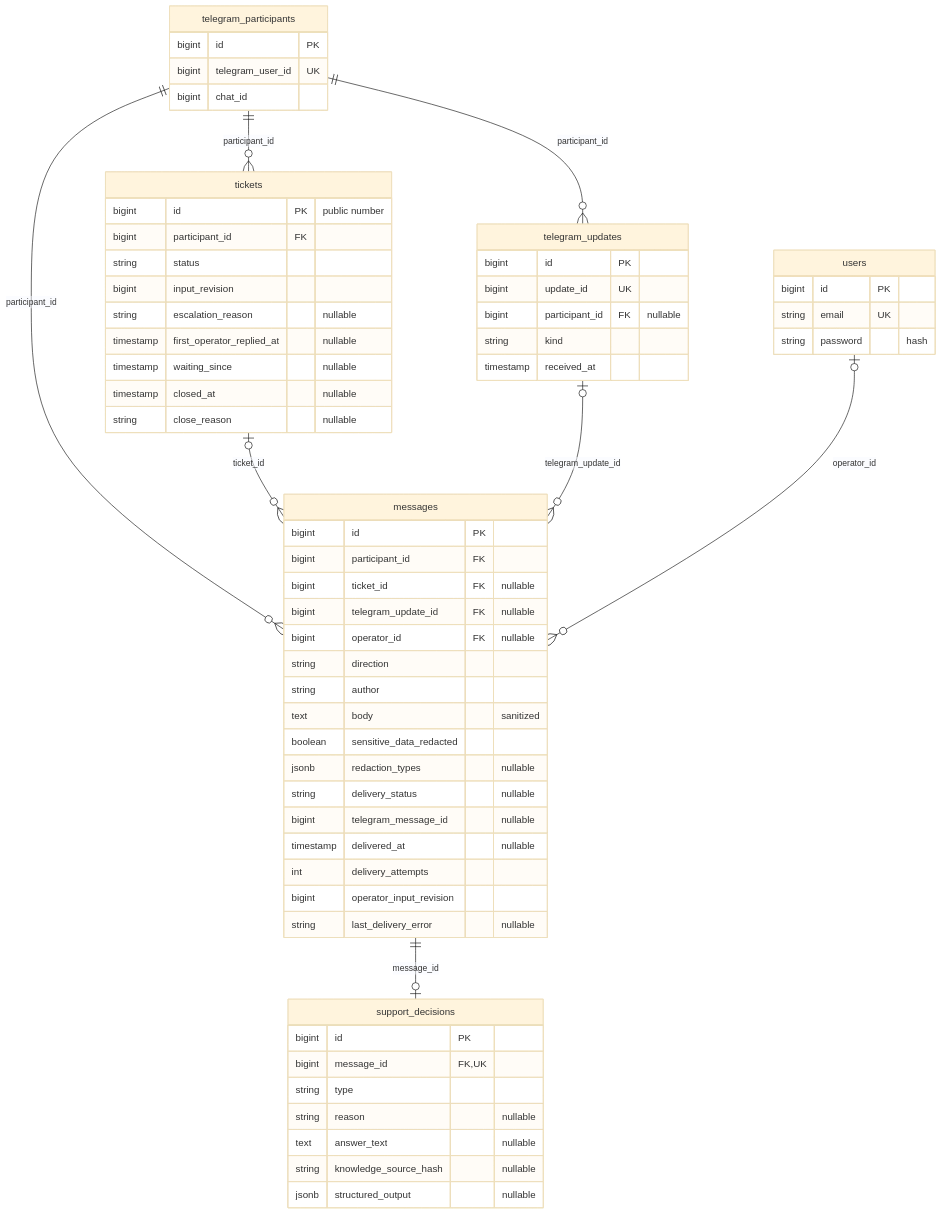
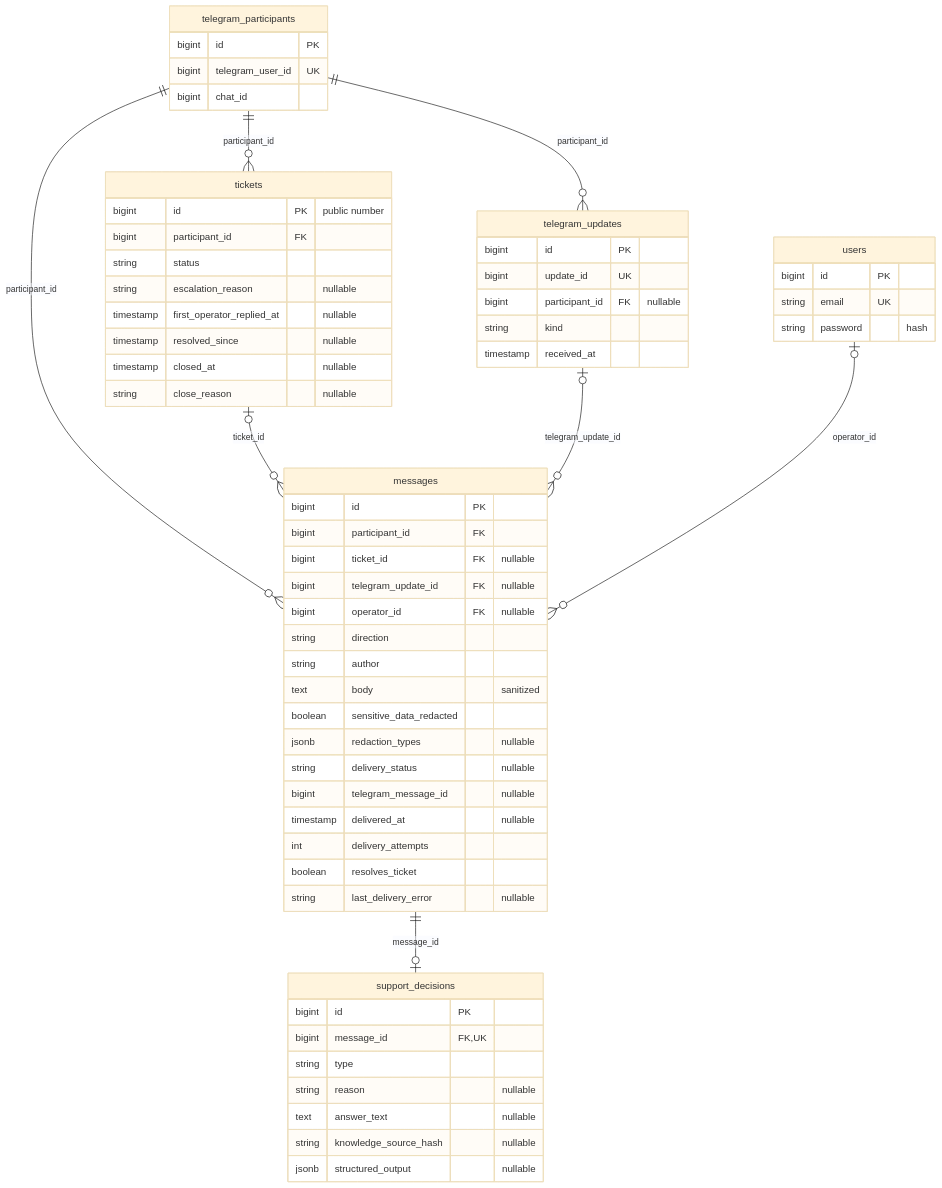
Before and after one commit to eternal-slumber/tg-promo-support-bot: the diagram in README.md, drawn with Mermaid (base theme). The commit also changed other lines of this file and 35 other files, not shown here.

First line of the commit message:
replace waiting lifecycle with explicit ticket resolution

````diff
--- a/README.md
+++ b/README.md
@@ -141,65 +145,64 @@
 ```mermaid
 erDiagram
     telegram_participants ||--o{ telegram_updates : participant_id
     telegram_participants ||--o{ tickets : participant_id
     telegram_participants ||--o{ messages : participant_id
     tickets o|--o{ messages : ticket_id
     telegram_updates o|--o{ messages : telegram_update_id
     users o|--o{ messages : operator_id
     messages ||--o| support_decisions : message_id
     telegram_participants {
         bigint id PK
         bigint telegram_user_id UK
         bigint chat_id
     }
     telegram_updates {
         bigint id PK
         bigint update_id UK
         bigint participant_id FK "nullable"
         string kind
         timestamp received_at
     }
     tickets {
         bigint id PK "public number"
         bigint participant_id FK
         string status
-        bigint input_revision
         string escalation_reason "nullable"
         timestamp first_operator_replied_at "nullable"
-        timestamp waiting_since "nullable"
+        timestamp resolved_since "nullable"
         timestamp closed_at "nullable"
         string close_reason "nullable"
     }
     messages {
         bigint id PK
         bigint participant_id FK
         bigint ticket_id FK "nullable"
         bigint telegram_update_id FK "nullable"
         bigint operator_id FK "nullable"
         string direction
         string author
         text body "sanitized"
         boolean sensitive_data_redacted
         jsonb redaction_types "nullable"
         string delivery_status "nullable"
         bigint telegram_message_id "nullable"
         timestamp delivered_at "nullable"
         int delivery_attempts
-        bigint operator_input_revision
+        boolean resolves_ticket
         string last_delivery_error "nullable"
     }
     support_decisions {
         bigint id PK
         bigint message_id FK,UK
         string type
         string reason "nullable"
         text answer_text "nullable"
         string knowledge_source_hash "nullable"
         jsonb structured_output "nullable"
     }
     users {
         bigint id PK
         string email UK
         string password "hash"
     }
 ```
````
